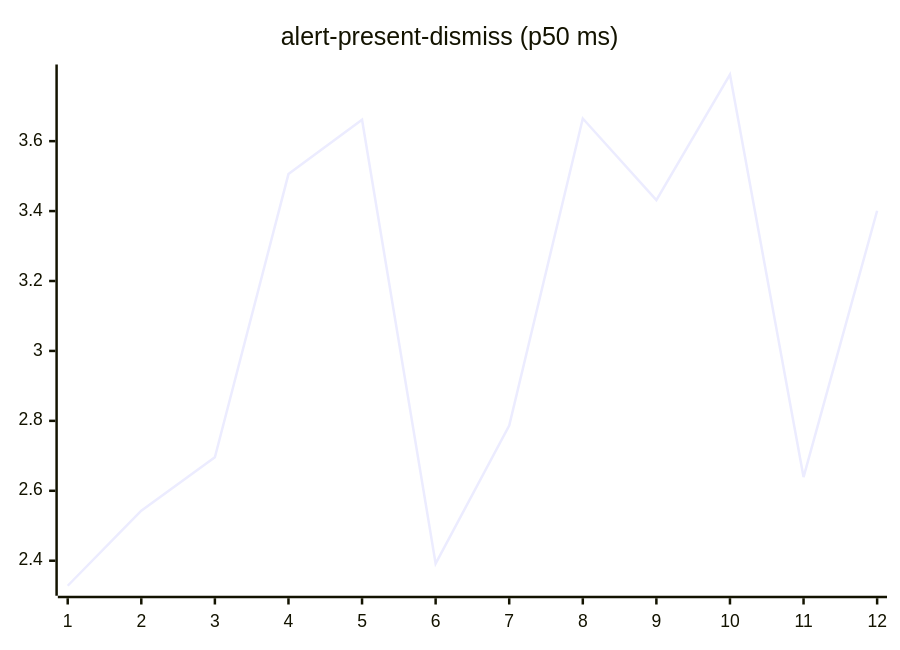
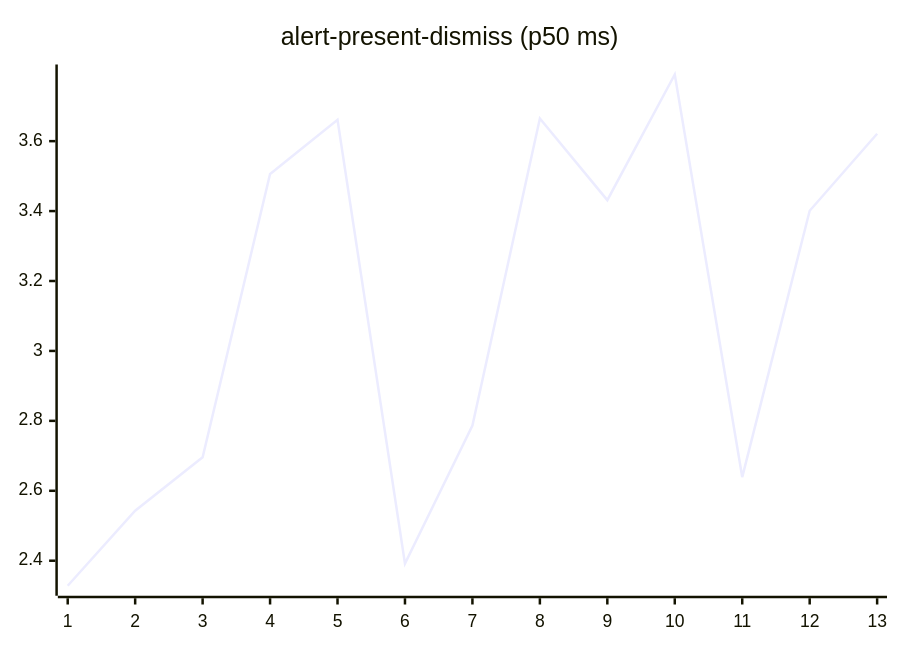
Before and after one commit to josha/Facet: the second of 27 diagrams in README.md, drawn with Mermaid. The commit also changed other lines of this file and 2 other files, not shown here.

````diff
--- a/README.md
+++ b/README.md
@@ -70,6 +70,6 @@
 ```mermaid
 xychart-beta
     title "alert-present-dismiss (p50 ms)"
-    x-axis 1 --> 12
-    line [2.3284, 2.5432, 2.6957, 3.5058, 3.6611, 2.3918, 2.7865, 3.6648, 3.4312, 3.7906, 2.6392, 3.4008]
+    x-axis 1 --> 13
+    line [2.3284, 2.5432, 2.6957, 3.5058, 3.6611, 2.3918, 2.7865, 3.6648, 3.4312, 3.7906, 2.6392, 3.4008, 3.6212]
 ```
````
